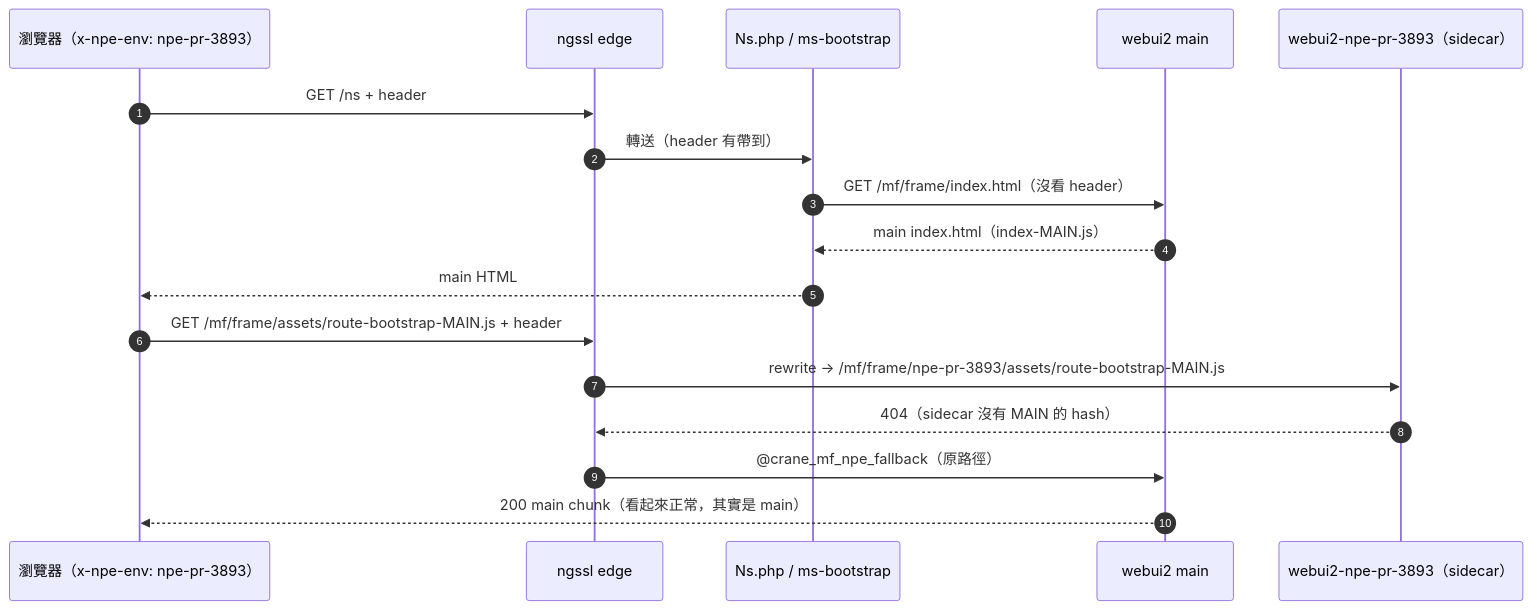
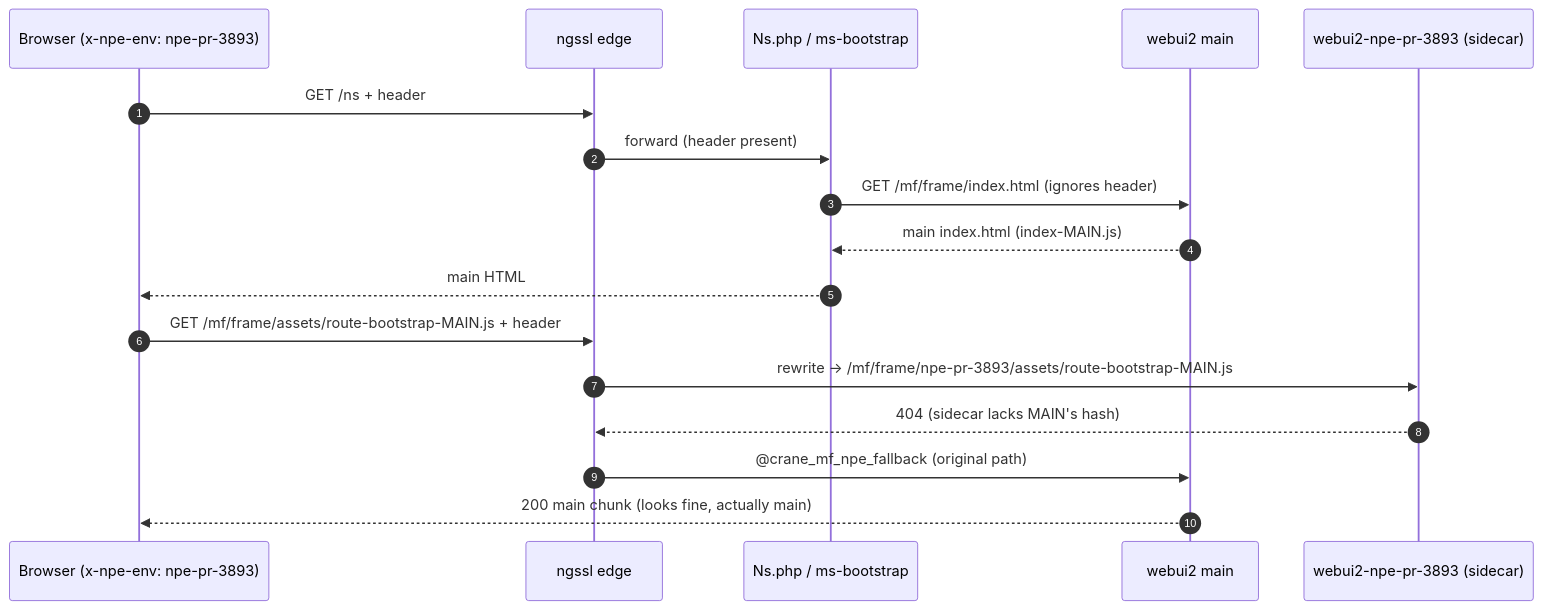
One commit to ns-lhsiao/lhsiao-claude changed the seventh of 8 diagrams in knowledge/crane-frame-index-serving.md. Above: the diagram before and after it, drawn with Mermaid. The commit also changed other lines of this file and 1 other file, not shown here.

First line of the commit message:
docs: translate crane webui2 render knowledge to English

````diff
--- a/knowledge/crane-frame-index-serving.md
+++ b/knowledge/crane-frame-index-serving.md
@@ -181,19 +181,19 @@
 ```mermaid
 sequenceDiagram
   autonumber
-  participant B as 瀏覽器（x-npe-env: npe-pr-3893）
+  participant B as Browser (x-npe-env: npe-pr-3893)
   participant E as ngssl edge
   participant S as Ns.php / ms-bootstrap
   participant WM as webui2 main
-  participant WS as webui2-npe-pr-3893（sidecar）
+  participant WS as webui2-npe-pr-3893 (sidecar)
   B->>E: GET /ns + header
-  E->>S: 轉送（header 有帶到）
-  S->>WM: GET /mf/frame/index.html（沒看 header）
-  WM-->>S: main index.html（index-MAIN.js）
+  E->>S: forward (header present)
+  S->>WM: GET /mf/frame/index.html (ignores header)
+  WM-->>S: main index.html (index-MAIN.js)
   S-->>B: main HTML
   B->>E: GET /mf/frame/assets/route-bootstrap-MAIN.js + header
   E->>WS: rewrite → /mf/frame/npe-pr-3893/assets/route-bootstrap-MAIN.js
-  WS-->>E: 404（sidecar 沒有 MAIN 的 hash）
-  E->>WM: @crane_mf_npe_fallback（原路徑）
-  WM-->>B: 200 main chunk（看起來正常，其實是 main）
+  WS-->>E: 404 (sidecar lacks MAIN's hash)
+  E->>WM: @crane_mf_npe_fallback (original path)
+  WM-->>B: 200 main chunk (looks fine, actually main)
 ```
````
